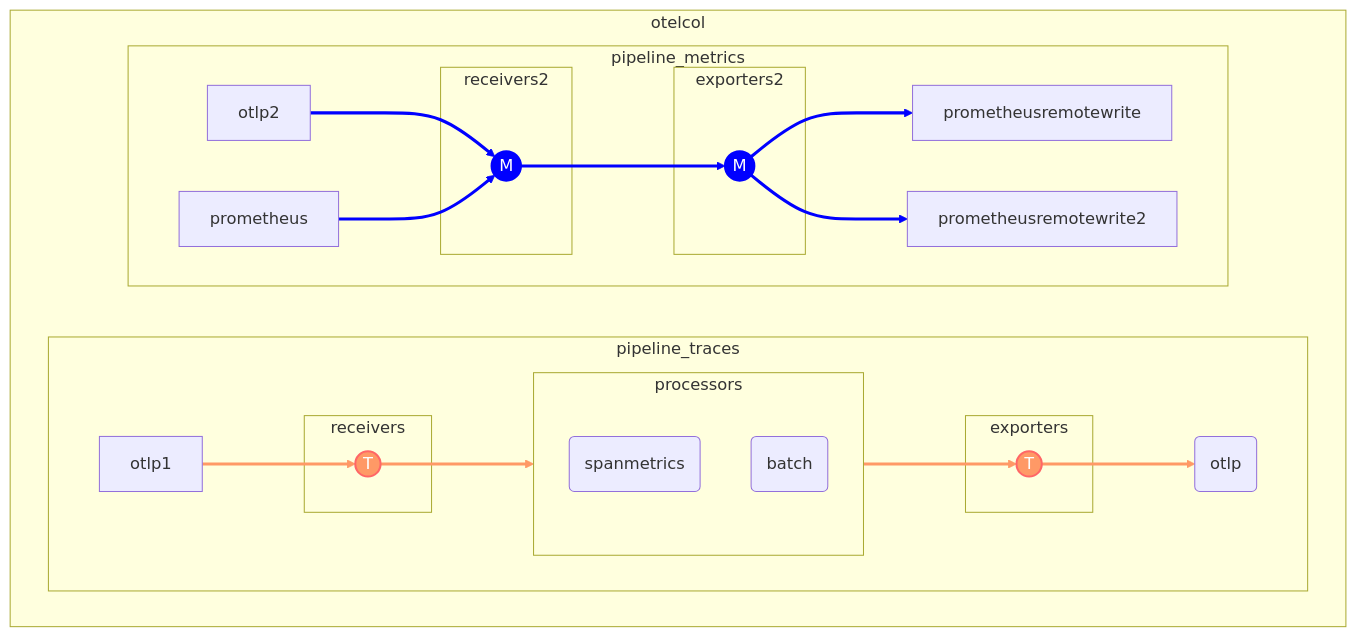
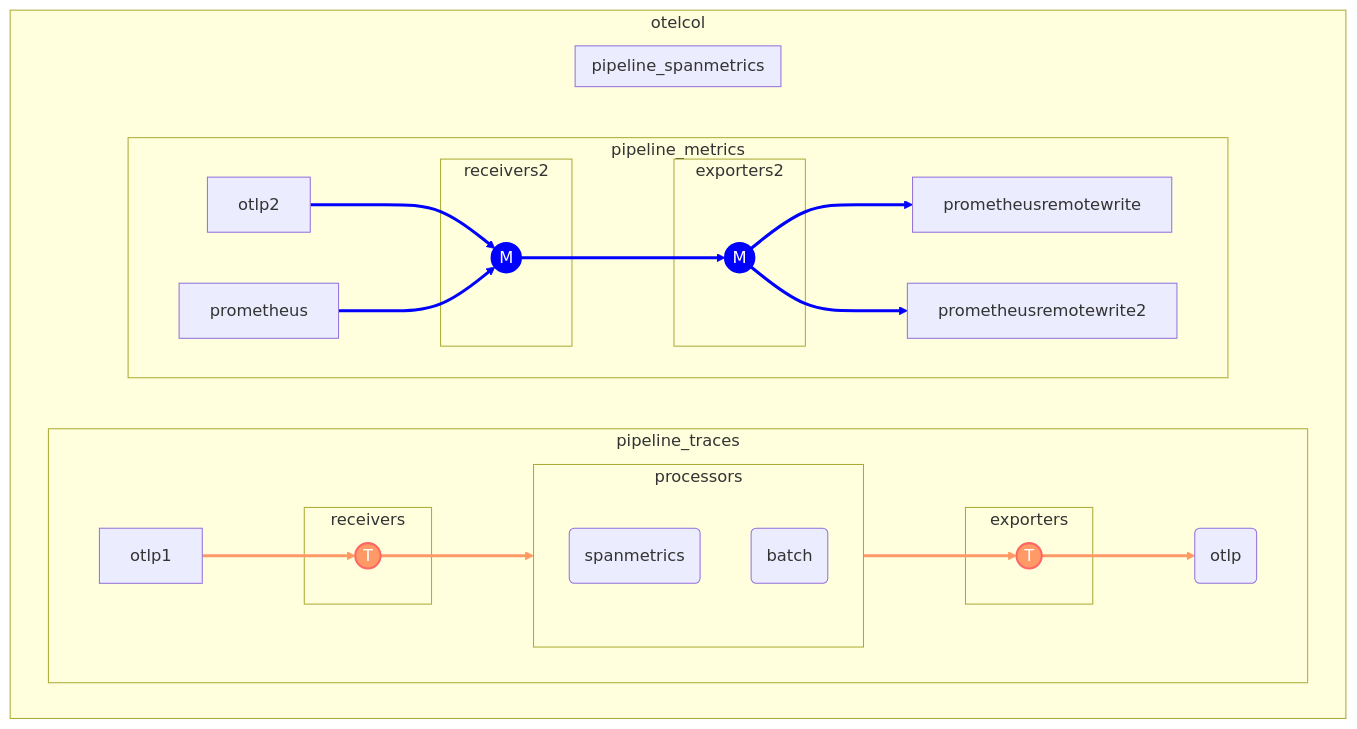
Before and after one commit to devrimdemiroz/devrimdemiroz.github.io: the diagram in docs/ideas/otelcol-mermaid.md, drawn with Mermaid.

````diff
--- a/docs/ideas/otelcol-mermaid.md
+++ b/docs/ideas/otelcol-mermaid.md
@@ -24,51 +24,55 @@
 ```mermaid
 flowchart TD
 
 classDef tclass fill:#f96,stroke:#f66,stroke-width:2px,color:#fff
 classDef mclass fill:blue,stroke:blue,stroke-width:2px,color:#fff
 
 te(otlp)
 subgraph otelcol
 direction LR
     subgraph pipeline_traces
         direction LR
         subgraph receivers
                 
                 T1((T)):::tclass
                 
         end
         subgraph processors
                 tp1(spanmetrics)
                 tp2(batch)
         end
         subgraph exporters
                 T2((T)):::tclass
                 
                 
         end
             otlp1-->T1-->processors-->T2-->te
             linkStyle 0,1,2,3 stroke:#f96,stroke-width:3px,color:orange;
             
     end
          
     subgraph pipeline_metrics
         direction LR
         subgraph receivers2
                 
                 M1((M)):::mclass
                 
         end
     
         subgraph exporters2
                 M2((M)):::mclass
                 
                 
         end
             otlp2 & prometheus -->M1-->M2-->prometheusremotewrite & prometheusremotewrite2
             linkStyle 4,5,6,7,8 stroke:blue,stroke-width:3px,color:blue;
             
     end
+
+ subgraph pipeline_spanmetrics
+end
+
 end
 
     
 ```
````
